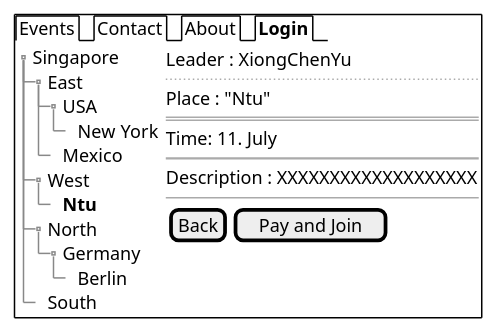
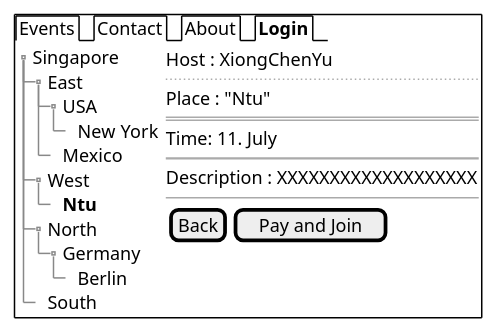
One commit to xiongchenyu6/web_design changed the seventh of 7 diagrams in StoryBoard/story.org. Above: the diagram before and after it, drawn with PlantUML. The commit also changed other lines of this file and 45 other files, not shown here.

```diff
--- a/StoryBoard/story.org
+++ b/StoryBoard/story.org
@@ -85,32 +120,32 @@
 #+BEGIN_SRC plantuml :exports both :file regist.png
 salt
 {+
 {/ Events | Contact | About | <b>Login }
 {
 {T
  + Singapore
  ++ East
  +++ USA
  ++++ New York
  +++ Mexico
  ++ West
  +++ <b>Ntu
  ++ North
  +++ Germany
  ++++ Berlin
  ++ South
 } |
 {
-  Leader : XiongChenYu
+  Host : XiongChenYu
   ..
   Place : "Ntu"
   ==
   Time: 11. July
   ~~
   Description : XXXXXXXXXXXXXXXXXXX
   --
   {[Back] | [Pay and Join]}
 }
 }
 }
 #+END_SRC
```
